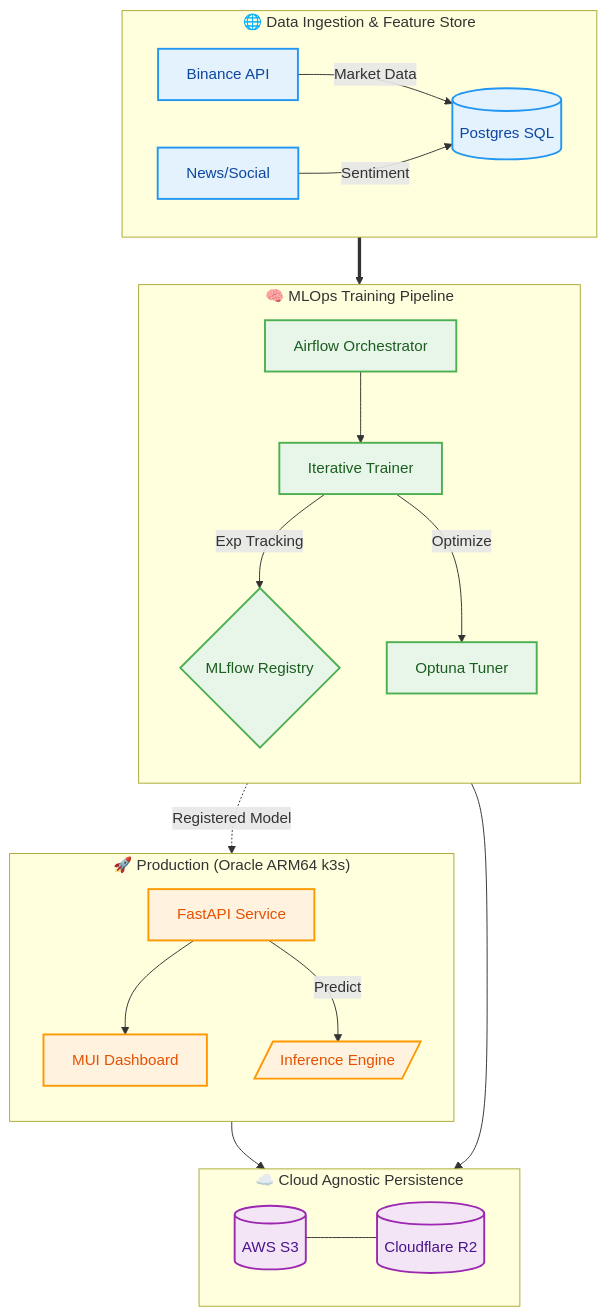
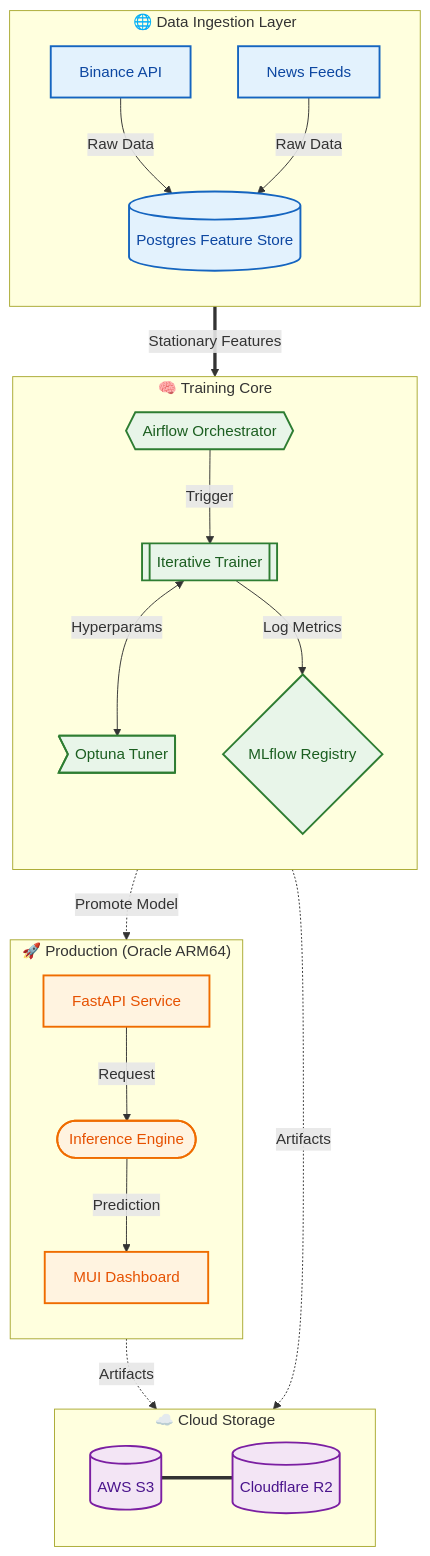
Before and after one commit to ChuLiYu/alphapulse-mlops-platform: the diagram in README.md, drawn with Mermaid.

Commit message:
docs: refine architecture diagram with Material Design shapes and high-contrast palette

````diff
--- a/README.md
+++ b/README.md
@@ -14,45 +14,61 @@
 ```mermaid
 flowchart TD
-    %% --- Style Definitions ---
-    classDef data fill:#E3F2FD,stroke:#2196F3,stroke-width:2px,color:#0D47A1;
-    classDef compute fill:#E8F5E9,stroke:#4CAF50,stroke-width:2px,color:#1B5E20;
-    classDef prod fill:#FFF3E0,stroke:#FF9800,stroke-width:2px,color:#E65100;
-    classDef storage fill:#F3E5F5,stroke:#9C27B0,stroke-width:2px,color:#4A148C;
+    %% --- Global Style & Palette (Material Design) ---
+    %% Data: Blue - Trust & Information
+    classDef data fill:#E3F2FD,stroke:#1565C0,stroke-width:2px,color:#0D47A1;
+    %% Compute/ML: Green - Growth & Processing
+    classDef compute fill:#E8F5E9,stroke:#2E7D32,stroke-width:2px,color:#1B5E20;
+    %% Production: Orange - Action & Interface
+    classDef prod fill:#FFF3E0,stroke:#EF6C00,stroke-width:2px,color:#E65100;
+    %% Storage: Purple - Persistence & Cloud
+    classDef storage fill:#F3E5F5,stroke:#7B1FA2,stroke-width:2px,color:#4A148C;
 
-    %% --- Nodes ---
-    subgraph Data_Hub ["🌐 Data Ingestion & Feature Store"]
-        direction LR
-        S1[Binance API] -- "Market Data" --> FS[(Postgres SQL)]
-        S2[News/Social] -- "Sentiment" --> FS
+    %% --- Components ---
+    subgraph Data_Hub ["🌐 Data Ingestion Layer"]
+        direction TB
+        S1[Binance API]
+        S2[News Feeds]
+        FS[(Postgres Feature Store)]
     end
 
-    subgraph MLOps_Engine ["🧠 MLOps Training Pipeline"]
+    subgraph MLOps_Engine ["🧠 Training Core"]
         direction TB
-        T1[Airflow Orchestrator] --> T2[Iterative Trainer]
-        T2 -- "Exp Tracking" --> T3{MLflow Registry}
-        T2 -- "Optimize" --> T4[Optuna Tuner]
+        T1{{Airflow Orchestrator}}
+        T2[[Iterative Trainer]]
+        T3{MLflow Registry}
+        T4>Optuna Tuner]
     end
 
-    subgraph Prod_Cluster ["🚀 Production (Oracle ARM64 k3s)"]
+    subgraph Prod_Cluster ["🚀 Production (Oracle ARM64)"]
         direction TB
-        P1[FastAPI Service] --> P2[MUI Dashboard]
-        P1 -- "Predict" --> P3[/Inference Engine/]
+        P1[FastAPI Service]
+        P2[MUI Dashboard]
+        P3([Inference Engine])
     end
 
-    subgraph Persistence ["☁️ Cloud Agnostic Persistence"]
+    subgraph Cloud_Tier ["☁️ Cloud Storage"]
         direction LR
-        ST1[(AWS S3)] --- ST2[(Cloudflare R2)]
+        ST1[(AWS S3)]
+        ST2[(Cloudflare R2)]
     end
 
-    %% --- Logic Flow ---
-    Data_Hub ==> T1
-    T3 -.->|Registered Model| P1
-    P3 --> ST1
-    T3 --> ST1
+    %% --- Connections ---
+    S1 & S2 -->|Raw Data| FS
+    FS ==>|Stationary Features| T1
+    T1 -->|Trigger| T2
+    T2 <-->|Hyperparams| T4
+    T2 -->|Log Metrics| T3
+    
+    T3 -.->|Promote Model| P1
+    P1 -->|Request| P3
+    P3 -->|Prediction| P2
+    
+    T3 & P1 -.->|Artifacts| ST1
+    ST1 === ST2
 
-    %% --- Apply Styles ---
-    class S1,S2,FS data;
-    class T1,T2,T3,T4 compute;
-    class P1,P2,P3,P2 prod;
-    class ST1,ST2 storage;
+    %% --- Styling Applications ---
+    class S1,S2,FS data
+    class T1,T2,T3,T4 compute
+    class P1,P2,P3 prod
+    class ST1,ST2 storage
 ```
````
